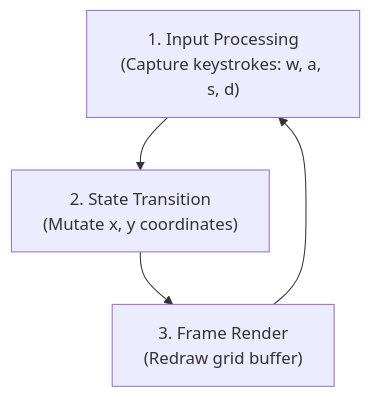
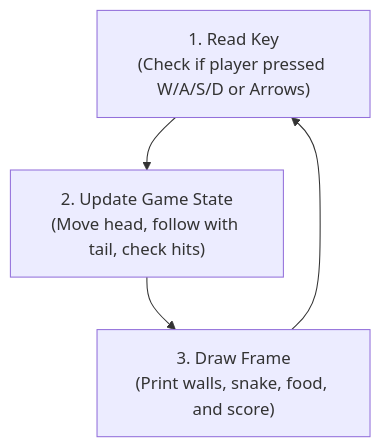
The second of 2 diagrams in README.md (cyanoge1-netizen/snake-game-c), drawn with Mermaid before and after one commit. The commit also changed other lines of this file, not shown here.

````diff
--- a/README.md
+++ b/README.md
@@ -37,6 +35,6 @@
 ```mermaid
 flowchart TD
-    A["1. Input Processing<br/>(Capture keystrokes: w, a, s, d)"] --> B["2. State Transition<br/>(Mutate x, y coordinates)"]
-    B --> C["3. Frame Render<br/>(Redraw grid buffer)"]
+    A["1. Read Key<br/>(Check if player pressed W/A/S/D or Arrows)"] --> B["2. Update Game State<br/>(Move head, follow with tail, check hits)"]
+    B --> C["3. Draw Frame<br/>(Print walls, snake, food, and score)"]
     C --> A
 ```
````
